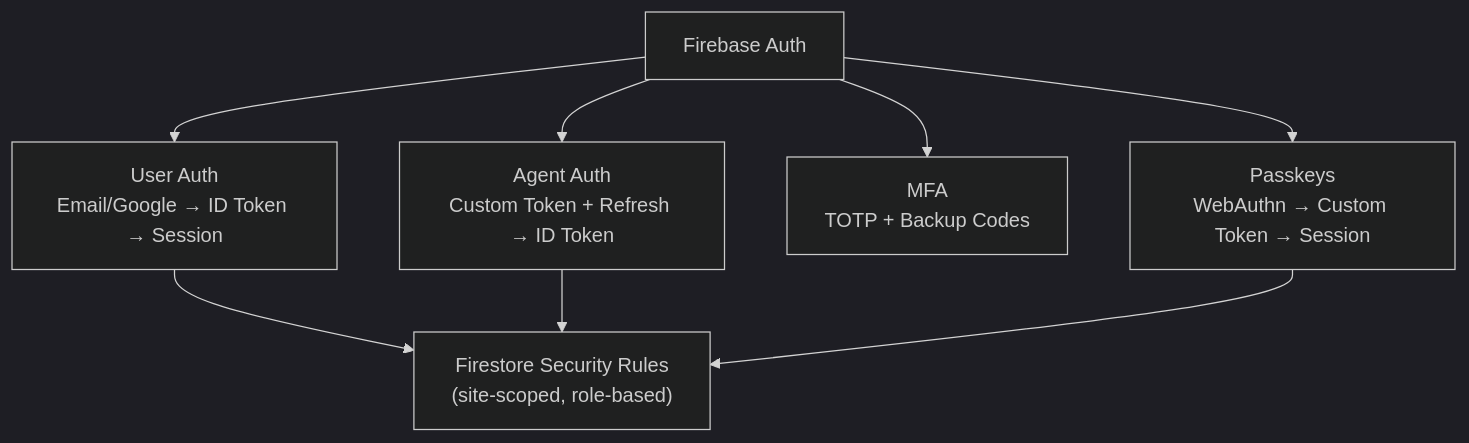
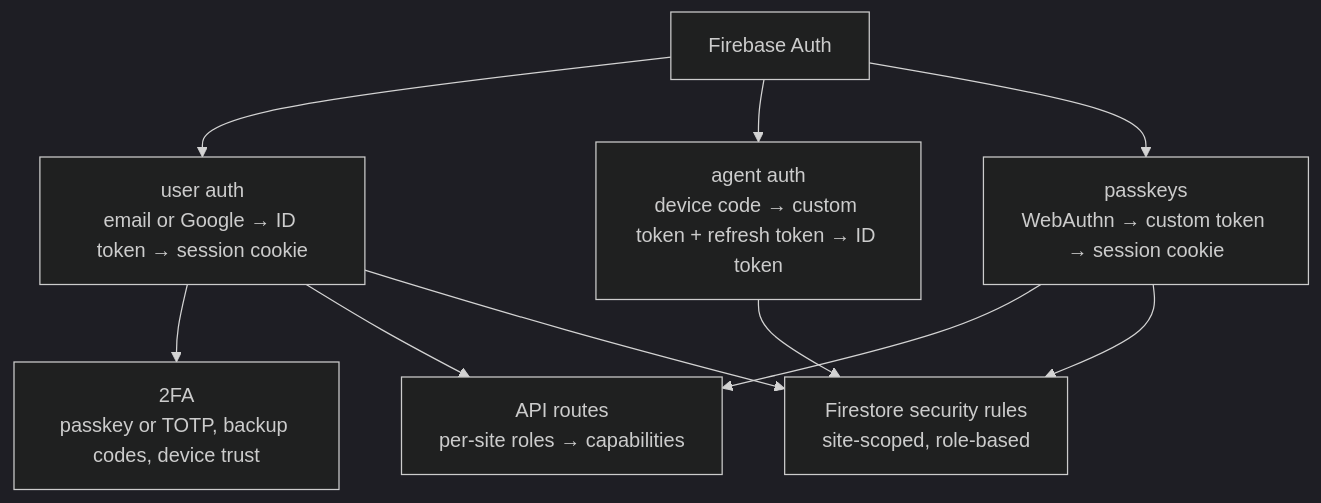
The second of 2 diagrams in web/content/docs/reference/authentication.mdx (tridant-io/owlette), drawn with Mermaid (dark theme) before and after one commit. The commit also changed other lines of this file and 98 other files, not shown here.

````diff
--- a/web/content/docs/reference/authentication.mdx
+++ b/web/content/docs/reference/authentication.mdx
@@ -344,11 +369,13 @@
 ```mermaid
 flowchart TD
     FA[Firebase Auth]
-    FA --> UA["User Auth<br/>Email/Google → ID Token → Session"]
-    FA --> AA["Agent Auth<br/>Custom Token + Refresh → ID Token"]
-    FA --> MFA["MFA<br/>TOTP + Backup Codes"]
-    FA --> PK["Passkeys<br/>WebAuthn → Custom Token → Session"]
-    UA --> FS["Firestore Security Rules<br/>(site-scoped, role-based)"]
-    AA --> FS
+    FA --> UA["user auth<br/>email or Google → ID token → session cookie"]
+    FA --> AA["agent auth<br/>device code → custom token + refresh token → ID token"]
+    FA --> PK["passkeys<br/>WebAuthn → custom token → session cookie"]
+    UA --> MFA["2FA<br/>passkey or TOTP, backup codes, device trust"]
+    UA --> API["API routes<br/>per-site roles → capabilities"]
+    PK --> API
+    AA --> FS["Firestore security rules<br/>site-scoped, role-based"]
+    UA --> FS
     PK --> FS
 ```
````
